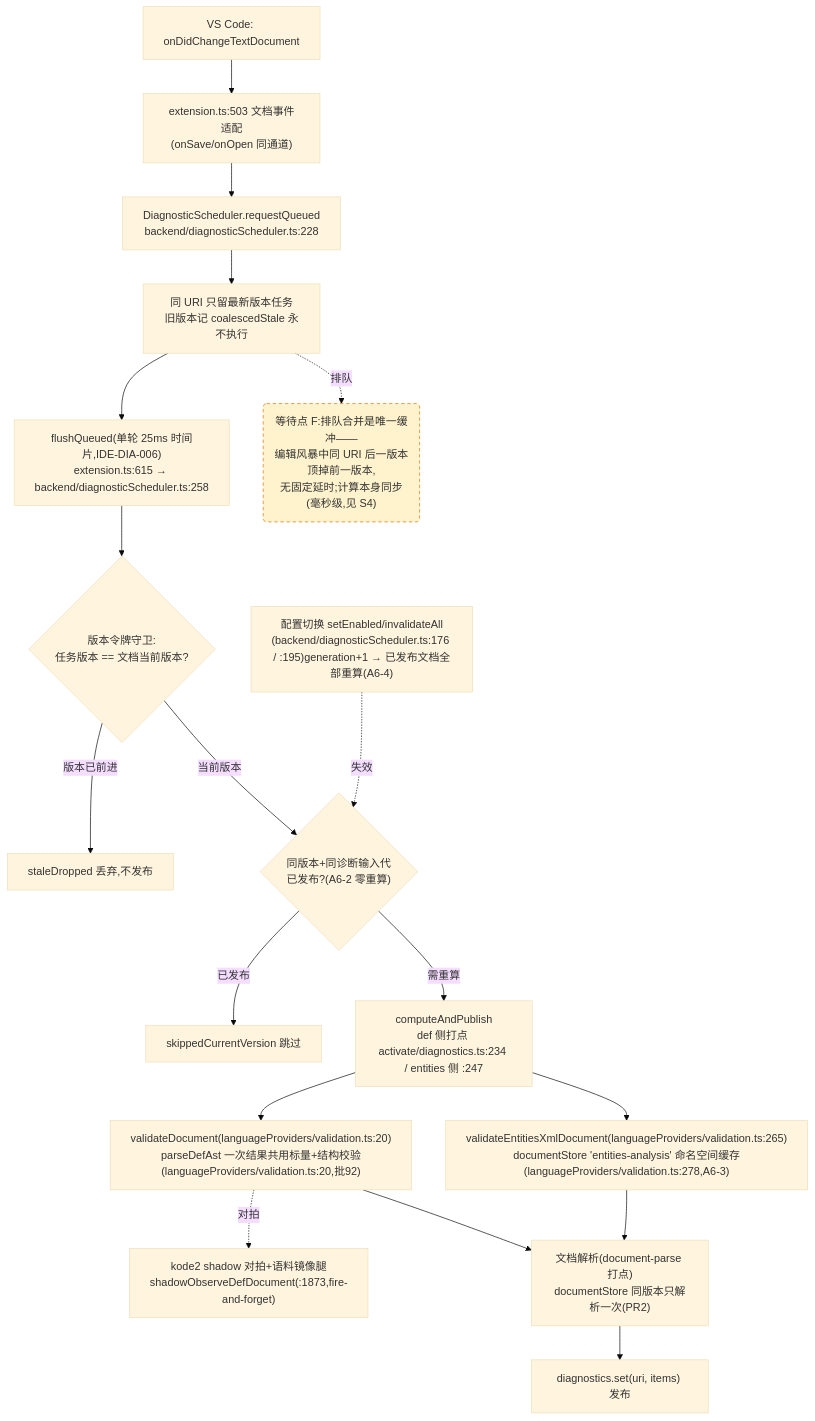
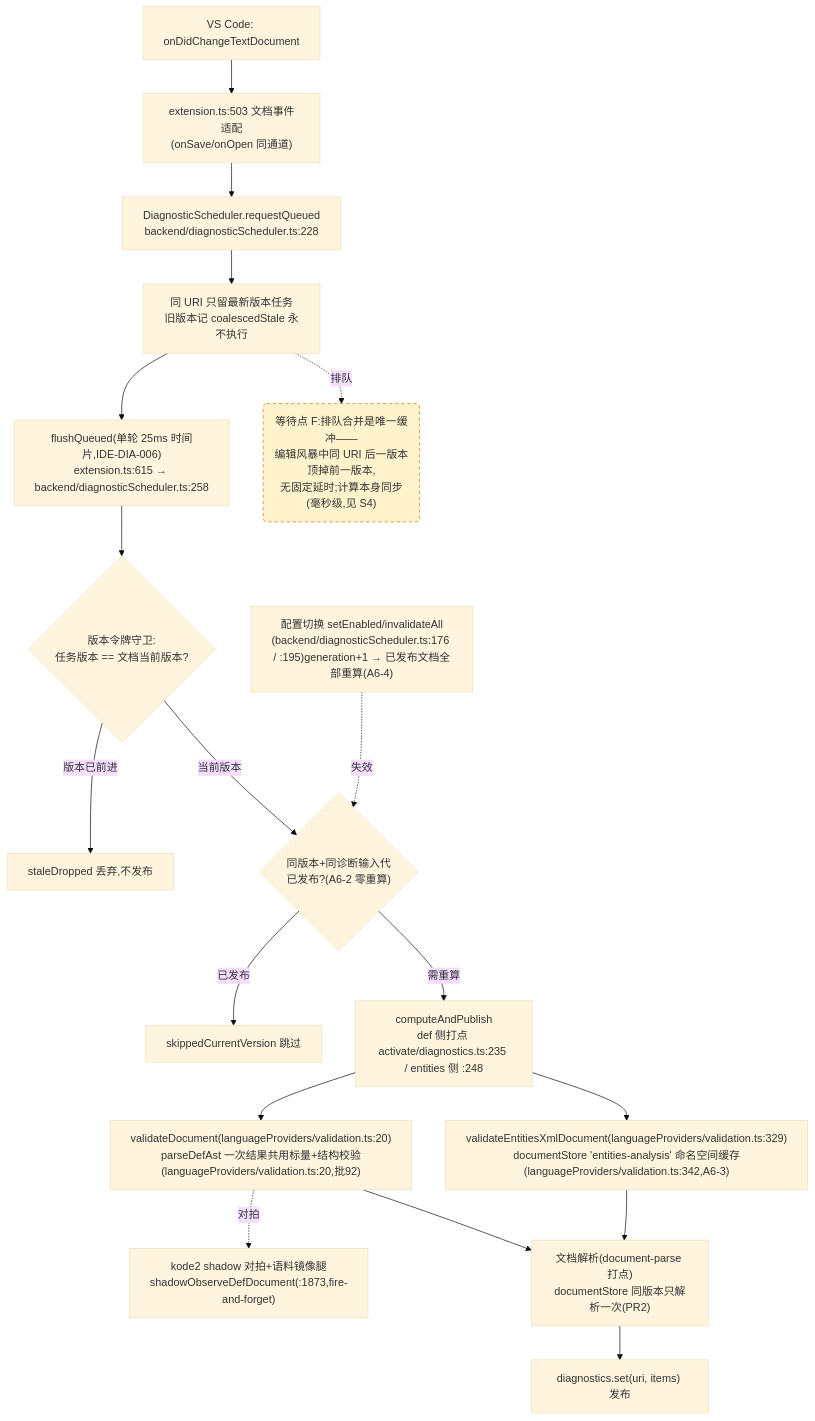
Before and after one commit to cuihairu/kode: the fourth of 4 diagrams in docs/perf/2026-baseline.md, drawn with Mermaid (base theme). The commit also changed other lines of this file and 10 other files, not shown here.

````diff
--- a/docs/perf/2026-baseline.md
+++ b/docs/perf/2026-baseline.md
@@ -241,38 +242,38 @@
 ```mermaid
 flowchart TD
   CHG["VS Code: onDidChangeTextDocument"]
   WATCH["extension.ts:503 文档事件适配<br/>(onSave/onOpen 同通道)"]
   RQ["DiagnosticScheduler.requestQueued<br/>backend/diagnosticScheduler.ts:228"]
   CO["同 URI 只留最新版本任务<br/>旧版本记 coalescedStale 永不执行"]
   FL["flushQueued(单轮 25ms 时间片,IDE-DIA-006)<br/>extension.ts:615 → backend/diagnosticScheduler.ts:258"]
   VG{"版本令牌守卫:<br/>任务版本 == 文档当前版本?"}
   DROP["staleDropped 丢弃,不发布"]
   GEN{"同版本+同诊断输入代<br/>已发布?(A6-2 零重算)"}
   SKIP["skippedCurrentVersion 跳过"]
-  CALC["computeAndPublish<br/>def 侧打点 activate/diagnostics.ts:234 / entities 侧 :247"]
+  CALC["computeAndPublish<br/>def 侧打点 activate/diagnostics.ts:235 / entities 侧 :248"]
   VD["validateDocument(languageProviders/validation.ts:20)<br/>parseDefAst 一次结果共用标量+结构校验(languageProviders/validation.ts:20,批92)"]
-  VEX["validateEntitiesXmlDocument(languageProviders/validation.ts:265)<br/>documentStore 'entities-analysis' 命名空间缓存(languageProviders/validation.ts:278,A6-3)"]
+  VEX["validateEntitiesXmlDocument(languageProviders/validation.ts:329)<br/>documentStore 'entities-analysis' 命名空间缓存(languageProviders/validation.ts:342,A6-3)"]
   SHDD["kode2 shadow 对拍+语料镜像腿<br/>shadowObserveDefDocument(:1873,fire-and-forget)"]
   DS["文档解析(document-parse 打点)<br/>documentStore 同版本只解析一次(PR2)"]
   PUB["diagnostics.set(uri, items) 发布"]
   CFG2["配置切换 setEnabled/invalidateAll<br/>(backend/diagnosticScheduler.ts:176 / :195)generation+1 → 已发布文档全部重算(A6-4)"]
 
   CHG --> WATCH --> RQ --> CO --> FL --> VG
   VG -- "版本已前进" --> DROP
   VG -- "当前版本" --> GEN
   GEN -- "已发布" --> SKIP
   GEN -- "需重算" --> CALC
   CALC --> VD
   CALC --> VEX
   VD --> DS
   VEX --> DS
   DS --> PUB
   VD -.->|对拍| SHDD
   CFG2 -.->|失效| GEN
 
   WAITF("等待点 F:排队合并是唯一缓冲——<br/>编辑风暴中同 URI 后一版本顶掉前一版本,<br/>无固定延时;计算本身同步(毫秒级,见 S4)")
   CO -.->|排队| WAITF
 
   classDef waitPoint fill:#fff3cd,stroke:#d97706,stroke-dasharray:5 4;
   class WAITF waitPoint;
 ```
````
